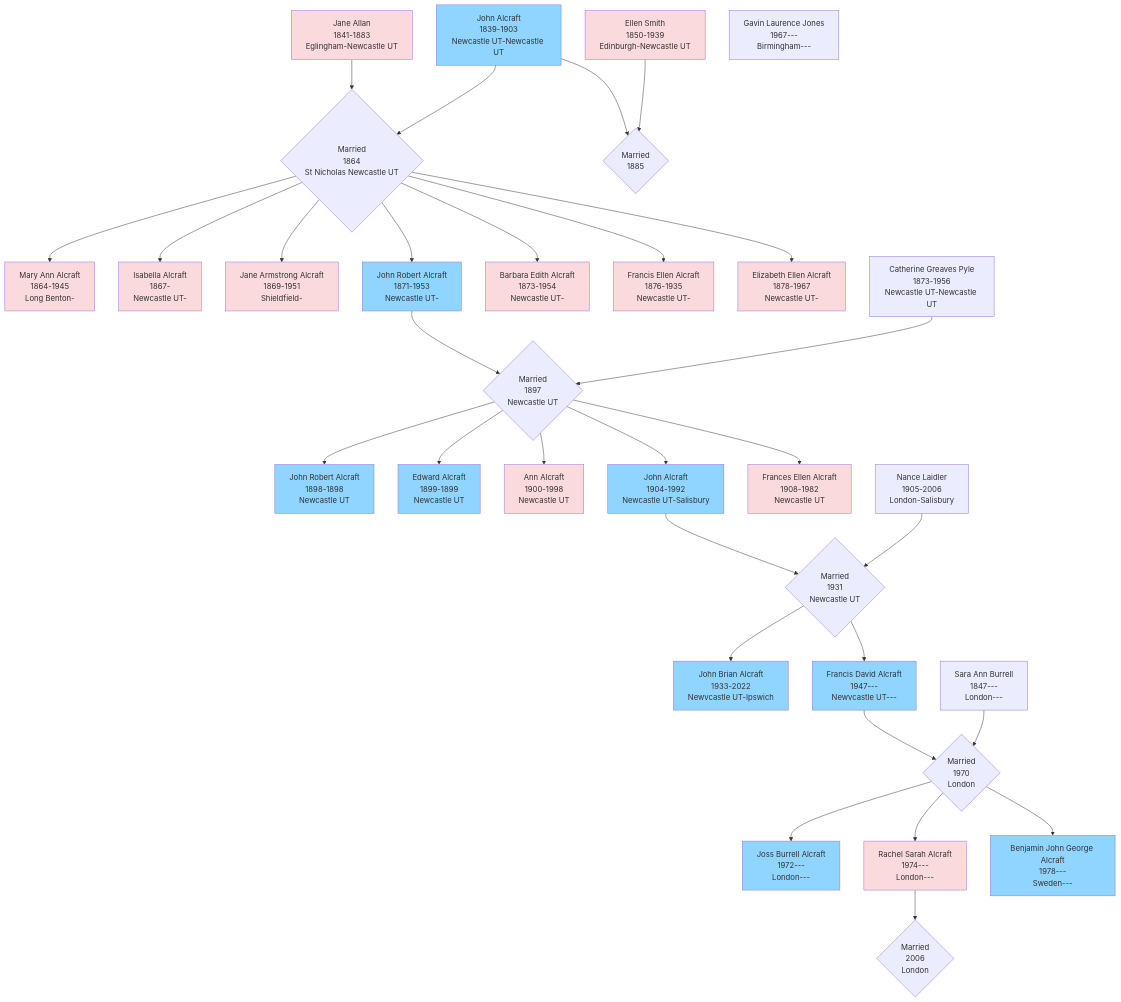
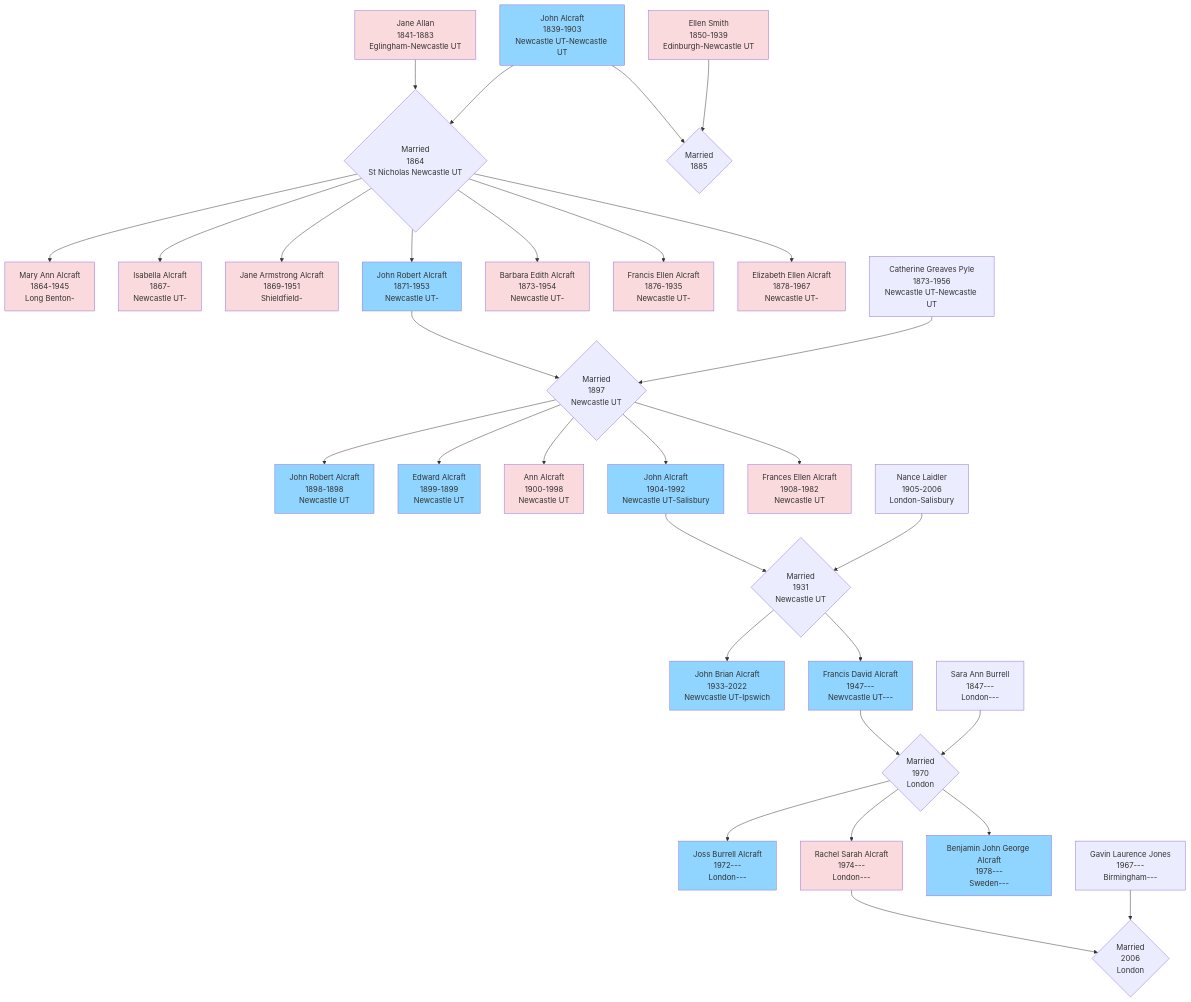
One commit to RachelAlcraft/family-tree changed the diagram in docs/index.md. Above: the diagram before and after it, drawn with Mermaid.

````diff
--- a/docs/index.md
+++ b/docs/index.md
@@ -6,70 +6,70 @@
 ``` mermaid
 flowchart TD  
 JA1[John Alcraft\n1839-1903\nNewcastle UT-Newcastle UT] --> JAJA{Married\n1864\nSt Nicholas Newcastle UT};
 style JA1 fill:#90d5ff
 click JA1 "jones" "JA1"
 JA2[Jane Allan\n1841-1883\nEglingham-Newcastle UT] --> JAJA;
 style JA2 fill:#FADADD
 click JA2 "jones" "JA2"
 ES[Ellen Smith\n1850-1939\nEdinburgh-Newcastle UT] --> JAES{Married\n1885};
 JA1 --> JAES
 JAJA -->MAA[Mary Ann Alcraft\n1864-1945\nLong Benton-];
 JAJA -->IA[Isabella Alcraft\n1867-\nNewcastle UT-];
 JAJA -->JAA[Jane Armstrong Alcraft\n1869-1951\nShieldfield-];
 JAJA -->JRA[John Robert Alcraft\n1871-1953\nNewcastle UT-];
 JAJA -->BEA[Barbara Edith Alcraft\n1873-1954\nNewcastle UT-];
 JAJA -->FEA[Francis Ellen Alcraft\n1876-1935\nNewcastle UT-];
 JAJA -->EEA[Elizabeth Ellen Alcraft\n1878-1967\nNewcastle UT-];
 
 JRA --> JRACGP{Married\n1897\nNewcastle UT};
 style JRA fill:#90d5ff
 CGP[Catherine Greaves Pyle\n1873-1956\nNewcastle UT-Newcastle UT];
 CGP --> JRACGP;
 JRACGP --> JRA2[John Robert Alcraft\n1898-1898\nNewcastle UT];
 style JRA2 fill:#90d5ff
 JRACGP --> EA[Edward Alcraft\n1899-1899\nNewcastle UT];
 style EA fill:#90d5ff
 JRACGP --> AA[Ann Alcraft\n1900-1998\nNewcastle UT];
 style AA fill:#FADADD
 JRACGP --> JA3[John Alcraft\n1904-1992\nNewcastle UT-Salisbury];
 style JA3 fill:#90d5ff
 JRACGP --> FEA2[Frances Ellen Alcraft\n1908-1982\nNewcastle UT];
 style FEA2 fill:#FADADD
 
 JA3 --> JA3NL{Married\n1931\nNewcastle UT};
 NL[Nance Laidler\n1905-2006\nLondon-Salisbury];
 NL --> JA3NL;
 JBA[John Brian Alcraft\n1933-2022\nNewvcastle UT-Ipswich];
 style JBA fill:#90d5ff
 FDA[Francis David Alcraft\n1947---\nNewvcastle UT---];
 style FDA fill:#90d5ff
 JA3NL --> JBA;
 JA3NL --> FDA;
 
 FDA --> FDASAB{Married\n1970\nLondon};
 SAB[Sara Ann Burrell\n1847---\nLondon---];
 SAB --> FDASAB;
 FDASAB -->JBA2[Joss Burrell Alcraft\n1972---\nLondon---];
 style JBA2 fill:#90d5ff
 FDASAB -->RSA[Rachel Sarah Alcraft\n1974---\nLondon---];
 style RSA fill:#FADADD
 FDASAB -->BJGA[Benjamin John George Alcraft\n1978---\nSweden---];
 style BJGA fill:#90d5ff
 
 RSA --> RSAGLJ{Married\n2006\nLondon};
-GLJ[Gavin Laurence Jones\n1967---\nBirmingham---]
+GLJ[Gavin Laurence Jones\n1967---\nBirmingham---] --> RSAGLJ
 
 
 
 
 style ES fill:#FADADD
 style MAA fill:#FADADD
 style IA fill:#FADADD
 style JAA fill:#FADADD
 style BEA fill:#FADADD
 style FEA fill:#FADADD
 style EEA fill:#FADADD
 
 
 
 ```
````
